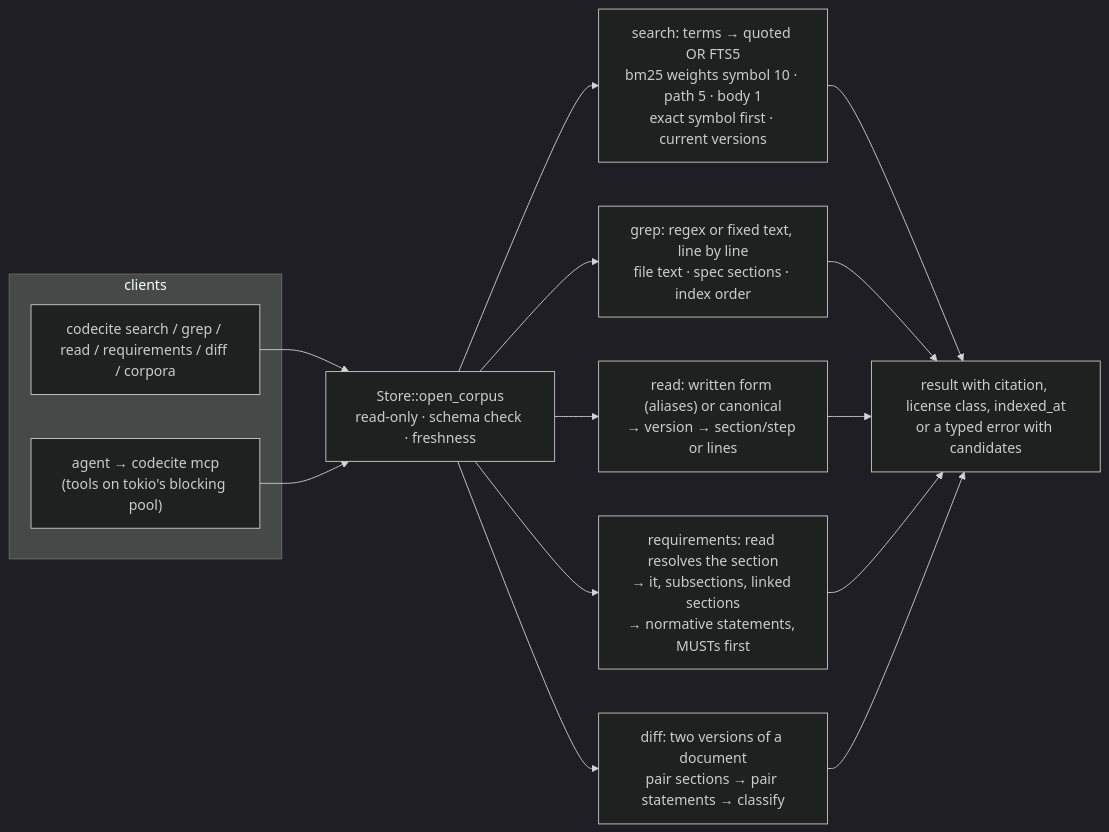
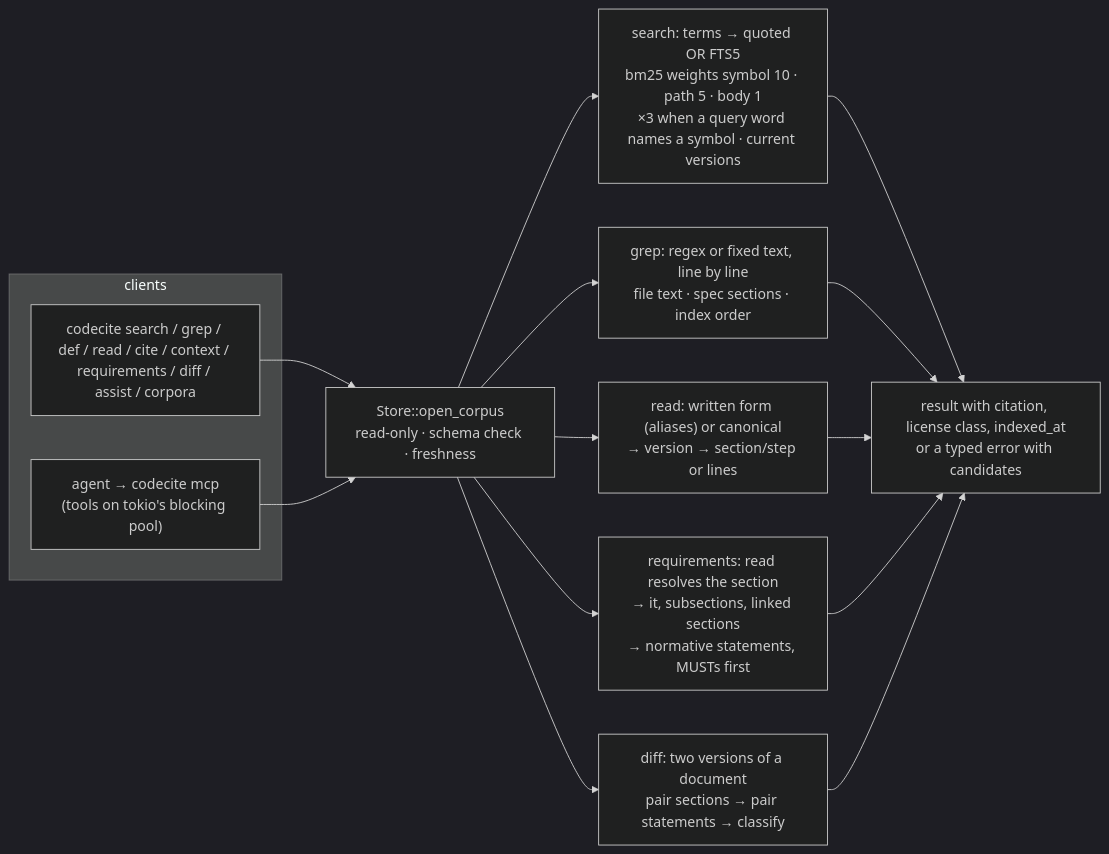
Before and after one commit to jamescrowley321/codecite: the fourth of 5 diagrams in docs/design.md, drawn with Mermaid (dark theme). The commit also changed other lines of this file and 3 other files, not shown here.

````diff
--- a/docs/design.md
+++ b/docs/design.md
@@ -114,14 +114,14 @@
 ```mermaid
 flowchart LR
   subgraph clients
-    cli["codecite search / grep / read / requirements / diff / corpora"]
+    cli["codecite search / grep / def / read / cite / context / requirements / diff / assist / corpora"]
     agent["agent → codecite mcp<br/>(tools on tokio's blocking pool)"]
   end
   cli & agent --> open["Store::open_corpus<br/>read-only · schema check · freshness"]
-  open --> search["search: terms → quoted OR FTS5<br/>bm25 weights symbol 10 · path 5 · body 1<br/>exact symbol first · current versions"]
+  open --> search["search: terms → quoted OR FTS5<br/>bm25 weights symbol 10 · path 5 · body 1<br/>×3 when a query word names a symbol · current versions"]
   open --> grep["grep: regex or fixed text, line by line<br/>file text · spec sections · index order"]
   open --> read["read: written form (aliases) or canonical<br/>→ version → section/step or lines"]
   open --> reqs["requirements: read resolves the section<br/>→ it, subsections, linked sections<br/>→ normative statements, MUSTs first"]
   open --> diff["diff: two versions of a document<br/>pair sections → pair statements → classify"]
   search & grep & read & reqs & diff --> out["result with citation, license class, indexed_at<br/>or a typed error with candidates"]
 ```
````
